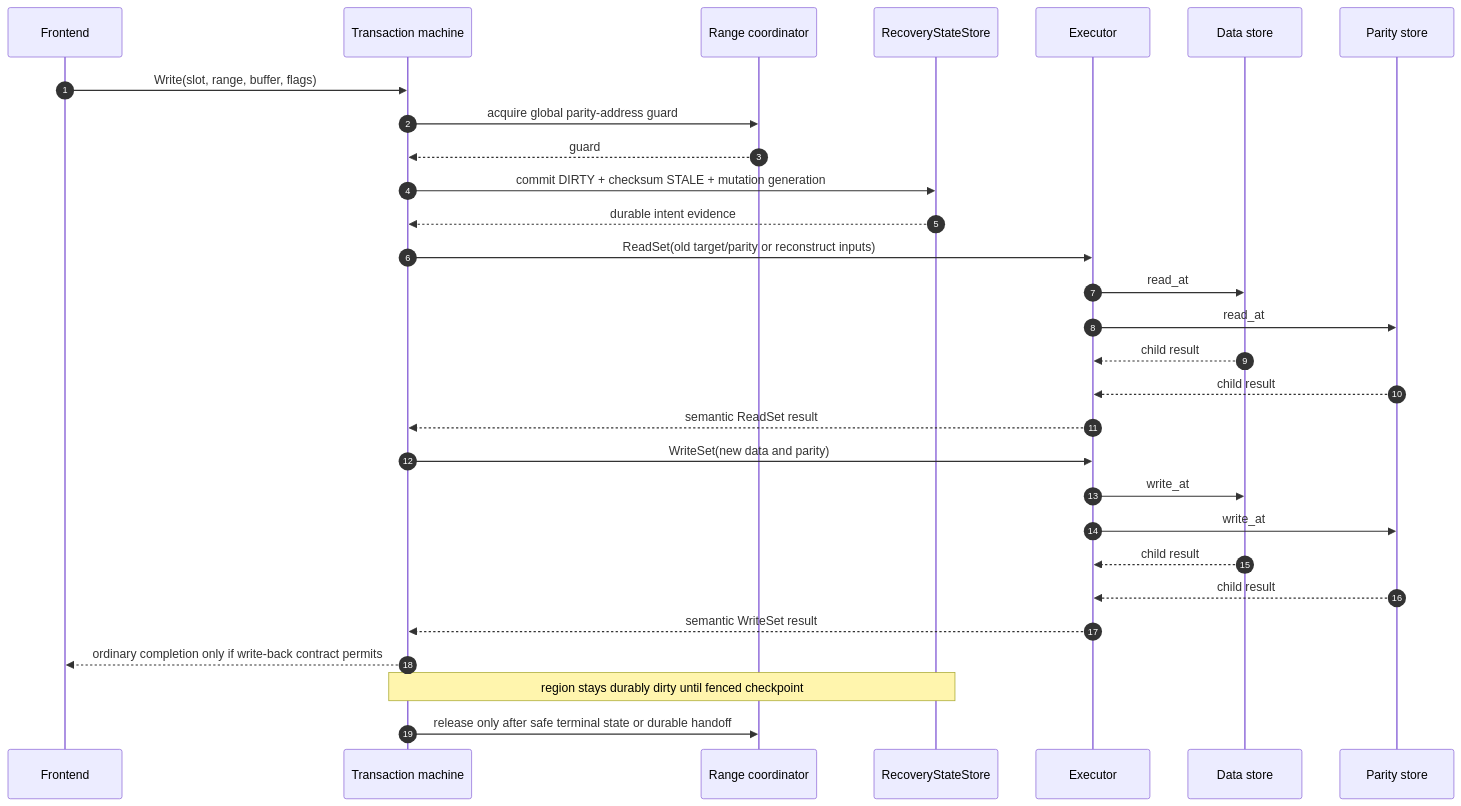
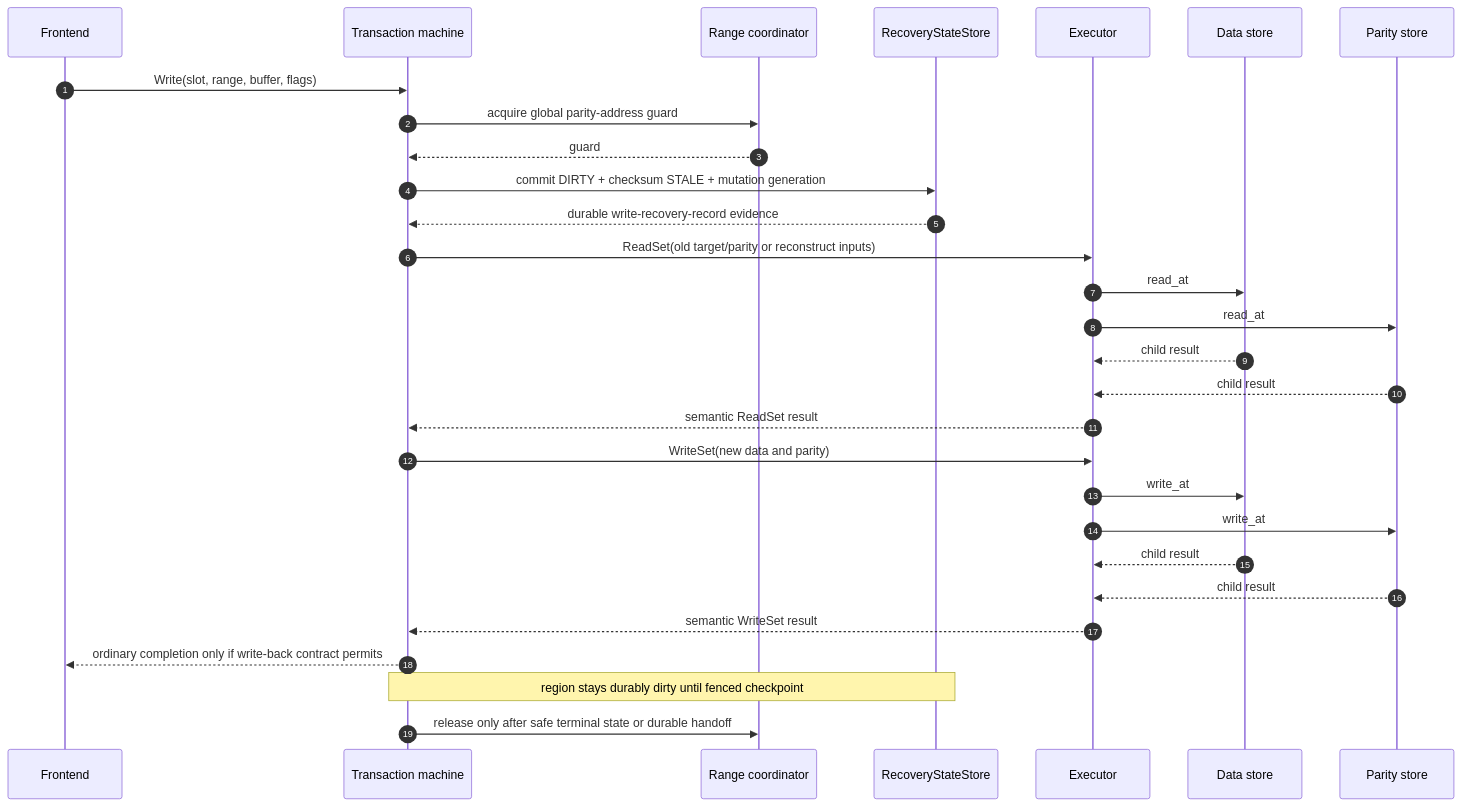
The ninth of 23 diagrams in docs/architecture/diskweave-architecture-roadmap-v0.8.md (dvicory/DiskWeave), drawn with Mermaid before and after one commit. The commit also changed other lines of this file and 89 other files, not shown here.

````diff
--- a/docs/architecture/diskweave-architecture-roadmap-v0.8.md
+++ b/docs/architecture/diskweave-architecture-roadmap-v0.8.md
@@ -1504,32 +1503,32 @@
 ```mermaid
 sequenceDiagram
     autonumber
     participant F as Frontend
     participant T as Transaction machine
     participant L as Range coordinator
     participant R as RecoveryStateStore
     participant E as Executor
     participant D as Data store
     participant P as Parity store
 
     F->>T: Write(slot, range, buffer, flags)
     T->>L: acquire global parity-address guard
     L-->>T: guard
     T->>R: commit DIRTY + checksum STALE + mutation generation
-    R-->>T: durable intent evidence
+    R-->>T: durable write-recovery-record evidence
     T->>E: ReadSet(old target/parity or reconstruct inputs)
     E->>D: read_at
     E->>P: read_at
     D-->>E: child result
     P-->>E: child result
     E-->>T: semantic ReadSet result
     T->>E: WriteSet(new data and parity)
     E->>D: write_at
     E->>P: write_at
     D-->>E: child result
     P-->>E: child result
     E-->>T: semantic WriteSet result
     T-->>F: ordinary completion only if write-back contract permits
     Note over T,R: region stays durably dirty until fenced checkpoint
     T->>L: release only after safe terminal state or durable handoff
 ```
````
